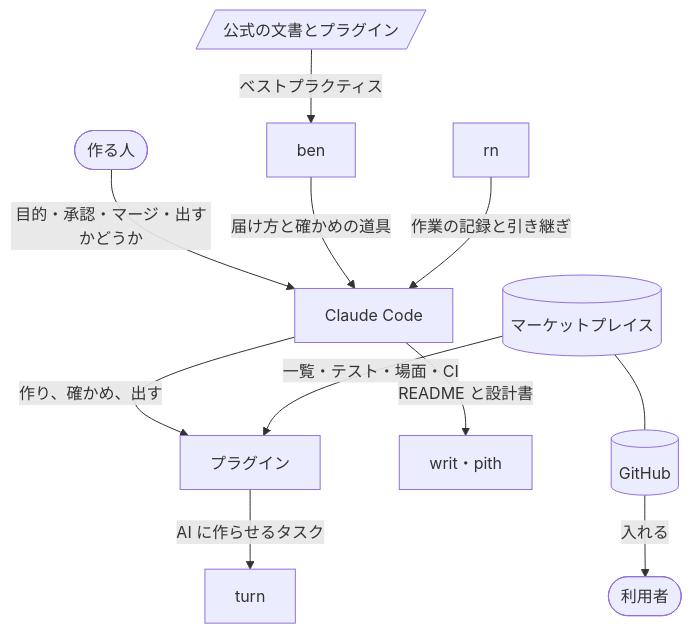
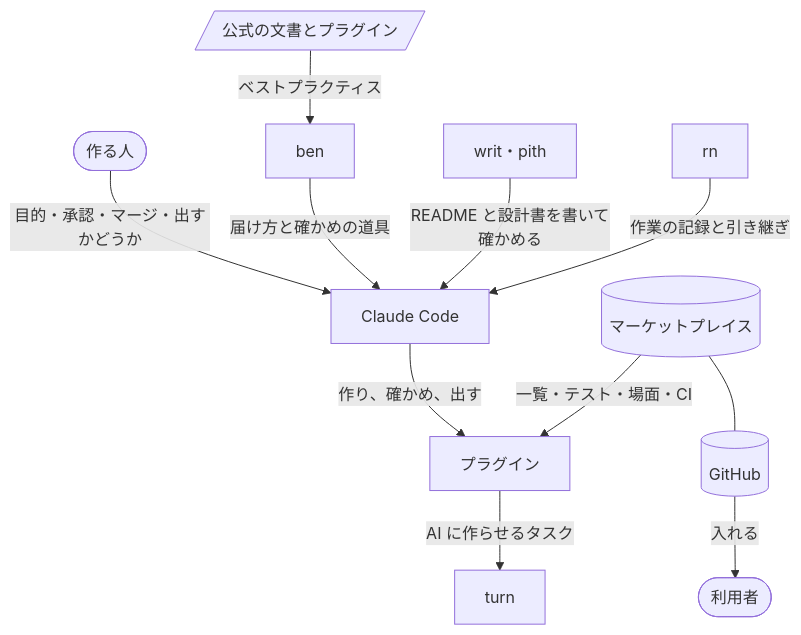
One commit to lovaizu/ccpm changed the first of 2 diagrams in dev/ben/design.md. Above: the diagram before and after it, drawn with Mermaid. The commit also changed other lines of this file and 3 other files, not shown here.

````diff
--- a/dev/ben/design.md
+++ b/dev/ben/design.md
@@ -113,24 +115,24 @@
 ```mermaid
 flowchart TD
   US([利用者])
   B([作る人])
   CC[Claude Code]
   BEN[ben]
   M[(マーケットプレイス)]
   P[プラグイン]
   T[turn]
   W[writ・pith]
   RN[rn]
   G[(GitHub)]
   O[/公式の文書とプラグイン/]
   B -->|目的・承認・マージ・出すかどうか| CC
   BEN -->|届け方と確かめの道具| CC
   O -->|ベストプラクティス| BEN
   CC -->|作り、確かめ、出す| P
   P -->|AI に作らせるタスク| T
-  CC -->|README と設計書| W
+  W -->|README と設計書を書いて確かめる| CC
   RN -->|作業の記録と引き継ぎ| CC
   M -->|一覧・テスト・場面・CI| P
   M --- G
   G -->|入れる| US
 ```
````
